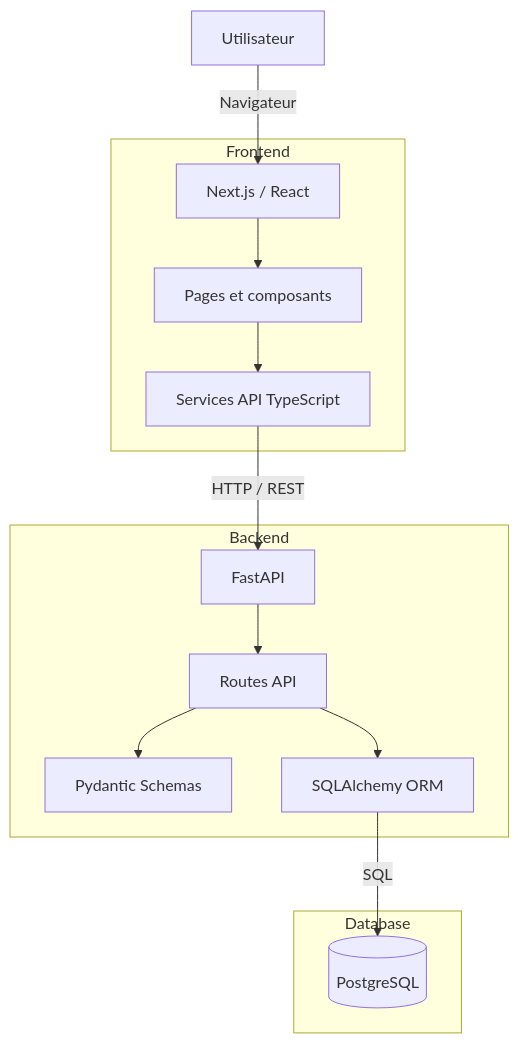
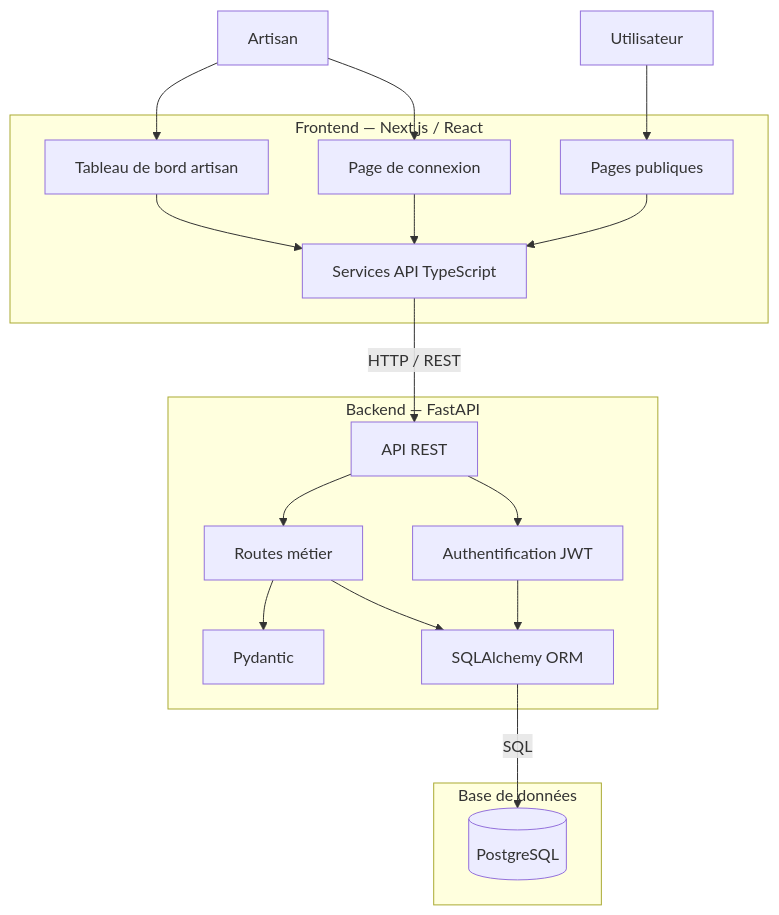
The first of 4 diagrams in docs/architecture.md (adib-commits/AzurRenoPro), drawn with Mermaid before and after one commit. The commit also changed other lines of this file and 1 other file, not shown here.

Commit message:
docs: finalize AzurRenoPro architecture and database

````diff
--- a/docs/architecture.md
+++ b/docs/architecture.md
@@ -5,32 +18,43 @@
 ```mermaid
 flowchart TD
     U[Utilisateur]
+    A[Artisan]
 
-    subgraph Frontend
-        N[Next.js / React]
-        UI[Pages et composants]
-        API_CLIENT[Services API TypeScript]
+    subgraph Frontend["Frontend — Next.js / React"]
+        PUBLIC[Pages publiques]
+        LOGIN[Page de connexion]
+        DASH[Tableau de bord artisan]
+        CLIENT[Services API TypeScript]
     end
 
-    subgraph Backend
-        F[FastAPI]
-        R[Routes API]
-        S[Pydantic Schemas]
-        O[SQLAlchemy ORM]
+    subgraph Backend["Backend — FastAPI"]
+        API[API REST]
+        AUTH[Authentification JWT]
+        ROUTES[Routes métier]
+        VALID[Pydantic]
+        ORM[SQLAlchemy ORM]
     end
 
-    subgraph Database
-        P[(PostgreSQL)]
+    subgraph Database["Base de données"]
+        DB[(PostgreSQL)]
     end
 
-    U -->|Navigateur| N
-    N --> UI
-    UI --> API_CLIENT
+    U --> PUBLIC
+    A --> LOGIN
+    A --> DASH
 
-    API_CLIENT -->|HTTP / REST| F
-    F --> R
-    R --> S
-    R --> O
+    PUBLIC --> CLIENT
+    LOGIN --> CLIENT
+    DASH --> CLIENT
 
-    O -->|SQL| P
+    CLIENT -->|HTTP / REST| API
+
+    API --> AUTH
+    API --> ROUTES
+
+    AUTH --> ORM
+    ROUTES --> VALID
+    ROUTES --> ORM
+
+    ORM -->|SQL| DB
 ```
````
